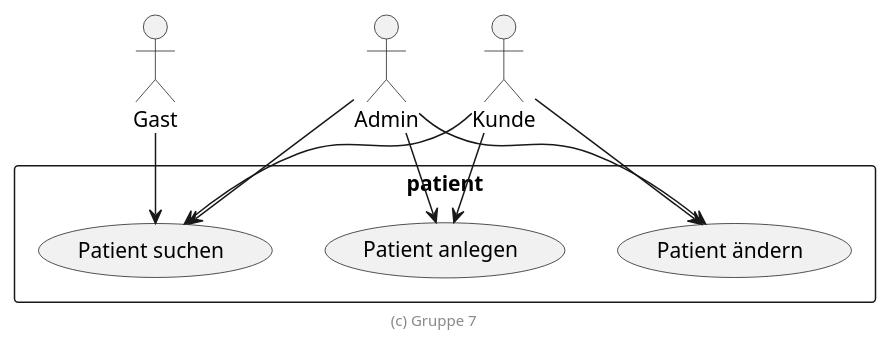
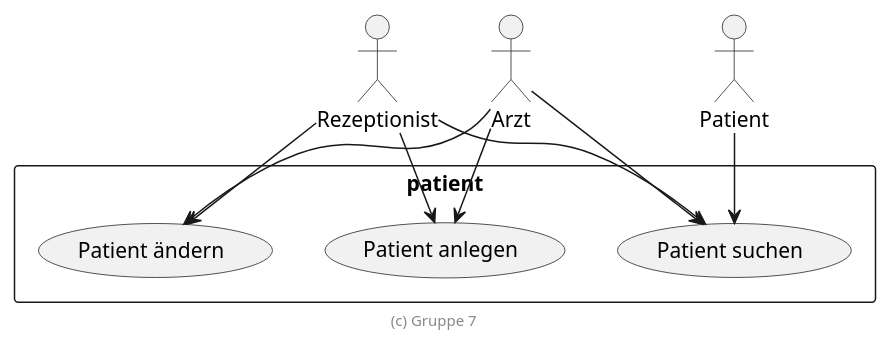
Before and after one commit to dithienphan/patient: the diagram in .extras/doc/entwicklerhandbuch/use-cases.plantuml, drawn with PlantUML. The commit also changed 3 other files, not shown here.

Commit message:
GraphQL UML

```diff
--- a/.extras/doc/entwicklerhandbuch/use-cases.plantuml
+++ b/.extras/doc/entwicklerhandbuch/use-cases.plantuml
@@ -3,19 +3,19 @@
 @startuml Use Cases
 
-actor Gast
-actor Admin
-actor Kunde
+actor Rezeptionist
+actor Arzt
+actor Patient
 
 rectangle patient {
-    Gast --> (Patient suchen)
-    Admin --> (Patient suchen)
-    Admin --> (Patient anlegen)
-    Admin --> (Patient ändern)
-    Kunde --> (Patient suchen)
-    Kunde --> (Patient anlegen)
-    Kunde --> (Patient ändern)
+    Patient --> (Patient suchen)
+    Arzt --> (Patient suchen)
+    Arzt --> (Patient anlegen)
+    Arzt --> (Patient ändern)
+    Rezeptionist --> (Patient suchen)
+    Rezeptionist --> (Patient anlegen)
+    Rezeptionist --> (Patient ändern)
 }
 
 footer (c) Gruppe 7
 
 @enduml
```
